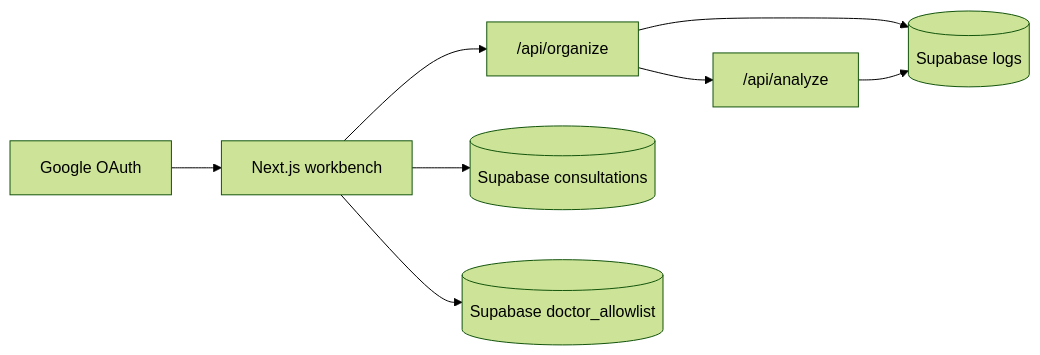
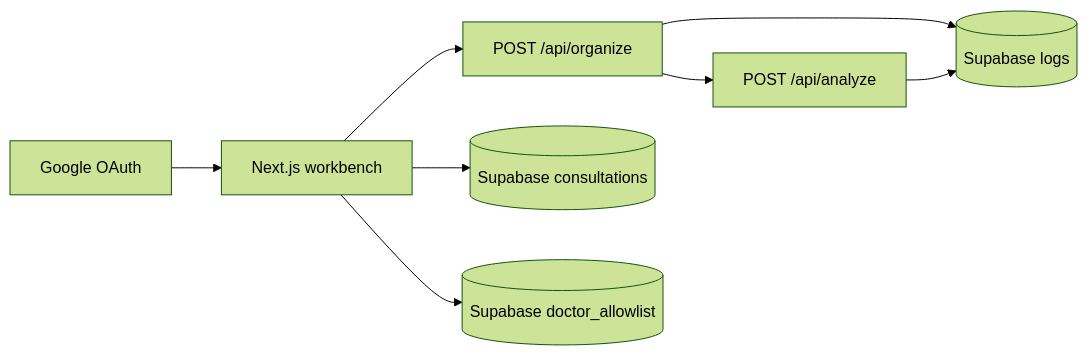
Before and after one commit to chiaweiwoo/tcm-diagnosis: the second of 2 diagrams in README.md, drawn with Mermaid (forest theme). The commit also changed other lines of this file and 4 other files, not shown here.

````diff
--- a/README.md
+++ b/README.md
@@ -43,10 +43,10 @@
 ```mermaid
 flowchart LR
     LOGIN["Google OAuth"] --> WEB["Next.js workbench"]
-    WEB --> ORG["/api/organize"]
-    ORG --> AN["/api/analyze"]
+    WEB --> ORG["POST /api/organize"]
+    ORG --> AN["POST /api/analyze"]
     WEB --> CASES[("Supabase consultations")]
     WEB --> ALLOW[("Supabase doctor_allowlist")]
     ORG --> LOGS[("Supabase logs")]
     AN --> LOGS
 ```
````
